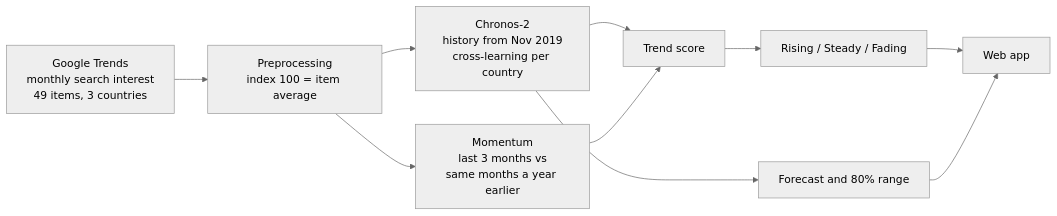
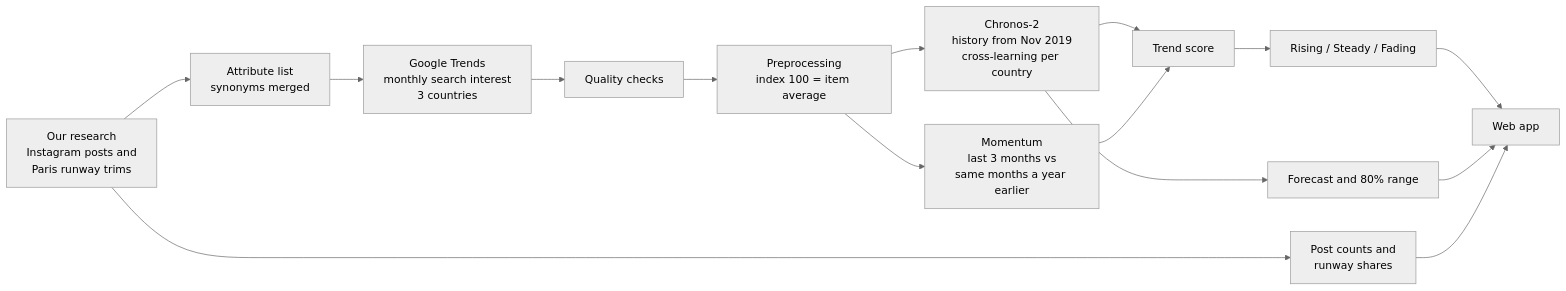
The diagram in README.md (GauravMittal06/fashion_predictor), drawn with Mermaid (neutral theme) before and after one commit. The commit also changed other lines of this file and 162 other files, not shown here.

First line of the commit message:
Add garments, fabrics, colours, styles and runway details from the research data

````diff
--- a/README.md
+++ b/README.md
@@ -45,12 +67,17 @@
 ```mermaid
 flowchart LR
-    A[Google Trends<br/>monthly search interest<br/>49 items, 3 countries] --> B[Preprocessing<br/>index 100 = item average]
+    R[Our research<br/>Instagram posts and<br/>Paris runway trims] --> L[Attribute list<br/>synonyms merged]
+    L --> A[Google Trends<br/>monthly search interest<br/>3 countries]
+    A --> Q[Quality checks]
+    Q --> B[Preprocessing<br/>index 100 = item average]
     B --> C[Chronos-2<br/>history from Nov 2019<br/>cross-learning per country]
     B --> D[Momentum<br/>last 3 months vs<br/>same months a year earlier]
     C --> E[Trend score]
     D --> E
     E --> F[Rising / Steady / Fading]
     C --> G[Forecast and 80% range]
+    R --> S[Post counts and<br/>runway shares]
     F --> H[Web app]
     G --> H
+    S --> H
 ```
````
